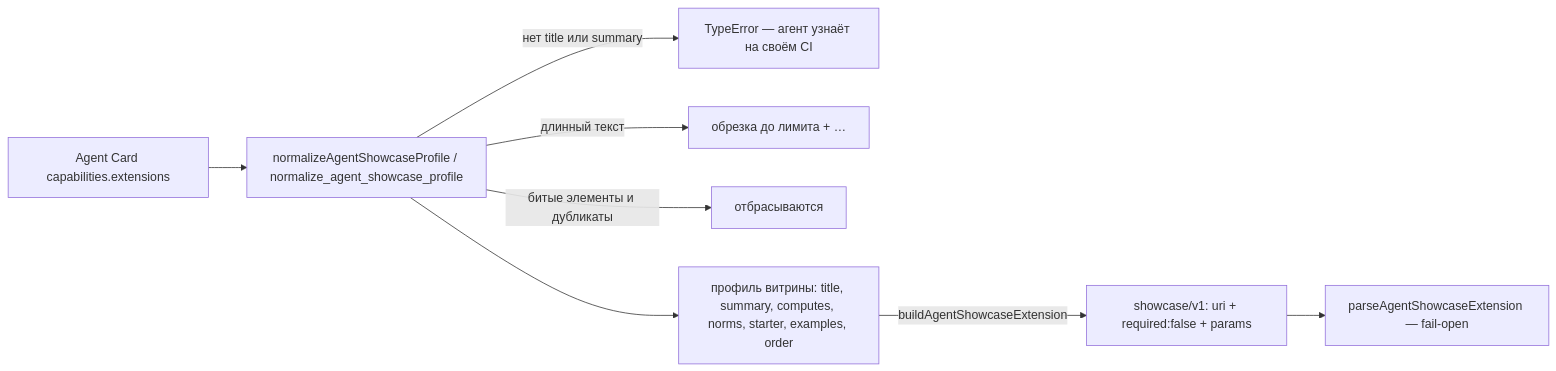
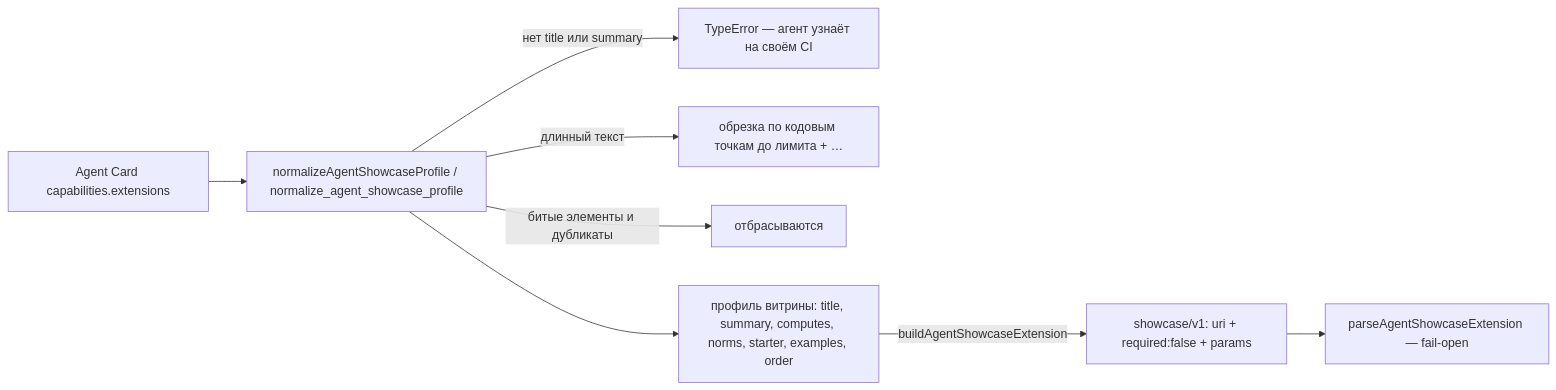
The sixth of 9 diagrams in README.md (AI-37/ai37-agent-sdk), drawn with Mermaid before and after one commit. The commit also changed other lines of this file, not shown here.

````diff
--- a/README.md
+++ b/README.md
@@ -95,10 +95,10 @@
 ```mermaid
 flowchart LR
   AC[Agent Card capabilities.extensions] --> SC[normalizeAgentShowcaseProfile / normalize_agent_showcase_profile]
   SC -->|нет title или summary| ERR[TypeError — агент узнаёт на своём CI]
-  SC -->|длинный текст| CL[обрезка до лимита + …]
+  SC -->|длинный текст| CL[обрезка по кодовым точкам до лимита + …]
   SC -->|битые элементы и дубликаты| DR[отбрасываются]
   SC --> PR[профиль витрины: title, summary, computes, norms, starter, examples, order]
   PR -->|buildAgentShowcaseExtension| EXT[showcase/v1: uri + required:false + params]
   EXT --> PARS[parseAgentShowcaseExtension — fail-open]
 ```
````
